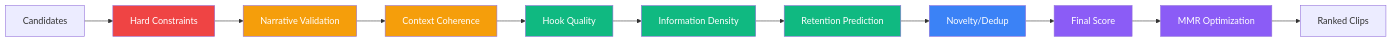
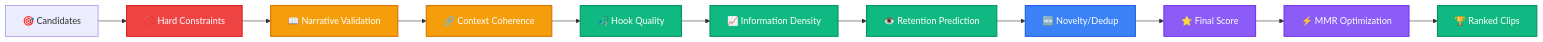
The sixth of 7 diagrams in README.md (samm329-ui/Trimora_v2), drawn with Mermaid before and after one commit. The commit also changed other lines of this file and 1 other file, not shown here.

Commit message:
docs: fix mermaid diagrams, add LICENSE file, add decorators and colorful styling to README

````diff
--- a/README.md
+++ b/README.md
@@ -650,23 +672,24 @@
 ```mermaid
 flowchart LR
-    C[Candidates] --> HC[Hard Constraints]
-    HC --> NV[Narrative Validation]
-    NV --> CTX[Context Coherence]
-    CTX --> HQ[Hook Quality]
-    HQ --> ID[Information Density]
-    ID --> RP[Retention Prediction]
-    RP --> ND[Novelty/Dedup]
-    ND --> FINAL[Final Score]
-    FINAL --> MMR[MMR Optimization]
-    MMR --> RANKED[Ranked Clips]
+    C["🎯 Candidates"] --> HC["🚫 Hard Constraints"]
+    HC --> NV["📖 Narrative Validation"]
+    NV --> CTX["🔗 Context Coherence"]
+    CTX --> HQ["🎣 Hook Quality"]
+    HQ --> ID["📈 Information Density"]
+    ID --> RP["👁️ Retention Prediction"]
+    RP --> ND["🆕 Novelty/Dedup"]
+    ND --> FINAL["⭐ Final Score"]
+    FINAL --> MMR["⚡ MMR Optimization"]
+    MMR --> RANKED["🏆 Ranked Clips"]
 
-    style HC fill:#ef4444,color:#fff
-    style NV fill:#f59e0b,color:#fff
-    style CTX fill:#f59e0b,color:#fff
-    style HQ fill:#10b981,color:#fff
-    style ID fill:#10b981,color:#fff
-    style RP fill:#10b981,color:#fff
-    style ND fill:#3b82f6,color:#fff
-    style FINAL fill:#8b5cf6,color:#fff
-    style MMR fill:#8b5cf6,color:#fff
+    style HC fill:#ef4444,color:#fff,stroke:#dc2626,stroke-width:2px
+    style NV fill:#f59e0b,color:#fff,stroke:#d97706,stroke-width:2px
+    style CTX fill:#f59e0b,color:#fff,stroke:#d97706,stroke-width:2px
+    style HQ fill:#10b981,color:#fff,stroke:#059669,stroke-width:2px
+    style ID fill:#10b981,color:#fff,stroke:#059669,stroke-width:2px
+    style RP fill:#10b981,color:#fff,stroke:#059669,stroke-width:2px
+    style ND fill:#3b82f6,color:#fff,stroke:#2563eb,stroke-width:2px
+    style FINAL fill:#8b5cf6,color:#fff,stroke:#7c3aed,stroke-width:2px
+    style MMR fill:#8b5cf6,color:#fff,stroke:#7c3aed,stroke-width:2px
+    style RANKED fill:#10b981,color:#fff,stroke:#059669,stroke-width:2px
 ```
````
